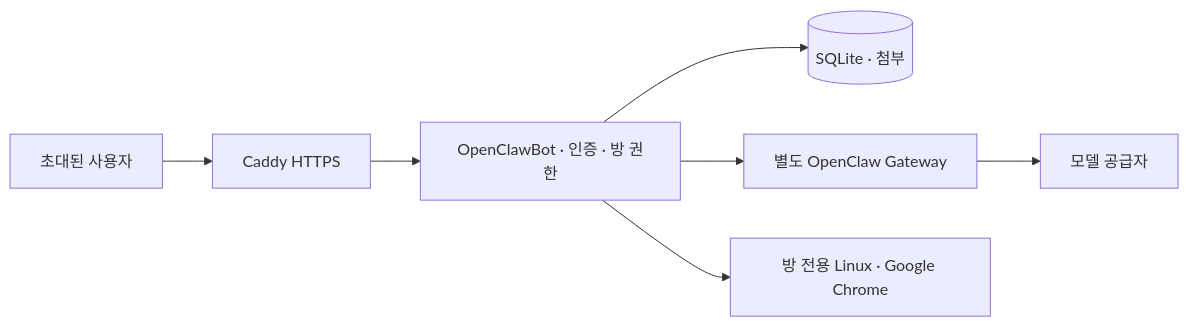
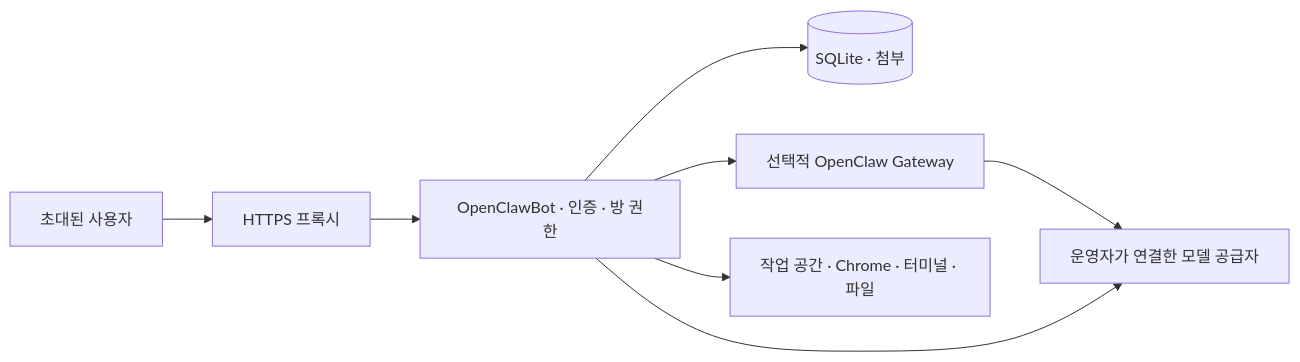
The diagram in README.md (minwoo19930301/OpenClawBot), drawn with Mermaid before and after one commit. The commit also changed other lines of this file and 47 other files, not shown here.

````diff
--- a/README.md
+++ b/README.md
@@ -59,9 +41,10 @@
 ```mermaid
 flowchart LR
-    User[초대된 사용자] --> HTTPS[Caddy HTTPS]
+    User[초대된 사용자] --> HTTPS[HTTPS 프록시]
     HTTPS --> App[OpenClawBot · 인증 · 방 권한]
     App --> DB[(SQLite · 첨부)]
-    App --> Gateway[별도 OpenClaw Gateway]
-    Gateway --> Model[모델 공급자]
-    App --> Desktop[방 전용 Linux · Google Chrome]
+    App --> Gateway[선택적 OpenClaw Gateway]
+    Gateway --> Model[운영자가 연결한 모델 공급자]
+    App --> Model
+    App --> Workspace[작업 공간 · Chrome · 터미널 · 파일]
 ```
````
